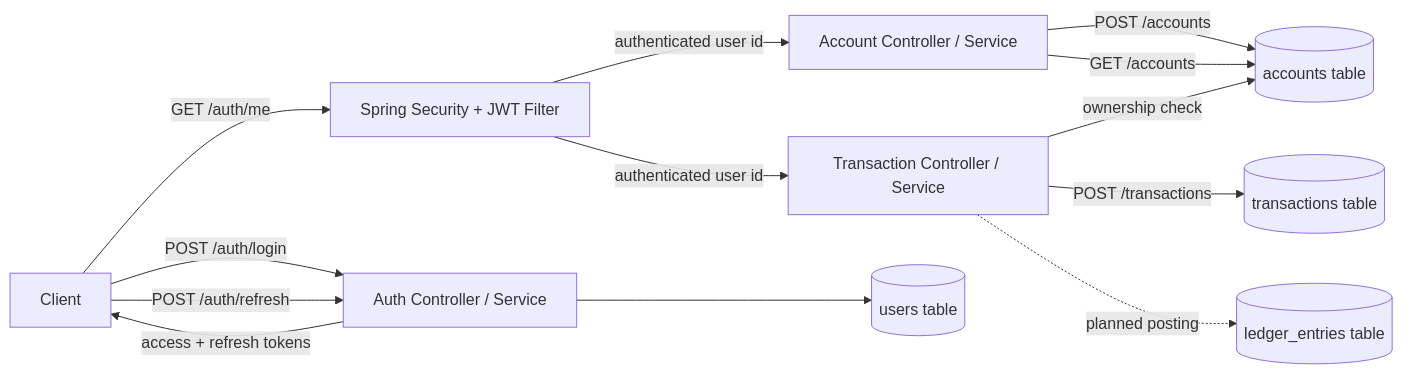
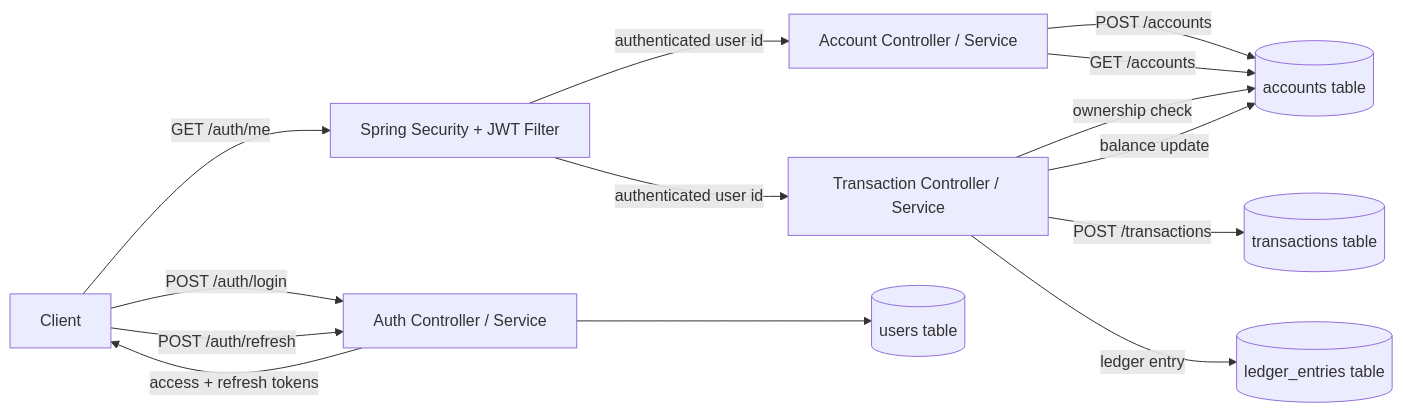
The second of 2 diagrams in README.md (fanryan/ledgerflow), drawn with Mermaid before and after one commit. The commit also changed other lines of this file and 3 other files, not shown here.

````diff
--- a/README.md
+++ b/README.md
@@ -72,28 +72,29 @@
 ```mermaid
 flowchart LR
     Client[Client]
     Security[Spring Security + JWT Filter]
     Auth[Auth Controller / Service]
     Accounts[Account Controller / Service]
     Transactions[Transaction Controller / Service]
     Users[(users table)]
     AccountTable[(accounts table)]
     TransactionTable[(transactions table)]
     LedgerTable[(ledger_entries table)]
 
     Client -->|POST /auth/login| Auth
     Auth --> Users
     Auth -->|access + refresh tokens| Client
 
     Client -->|GET /auth/me| Security
     Client -->|POST /auth/refresh| Auth
 
     Security -->|authenticated user id| Accounts
     Accounts -->|POST /accounts| AccountTable
     Accounts -->|GET /accounts| AccountTable
 
     Security -->|authenticated user id| Transactions
     Transactions -->|ownership check| AccountTable
     Transactions -->|POST /transactions| TransactionTable
-    Transactions -. planned posting .-> LedgerTable
+    Transactions -->|ledger entry| LedgerTable
+    Transactions -->|balance update| AccountTable
 ```
````
